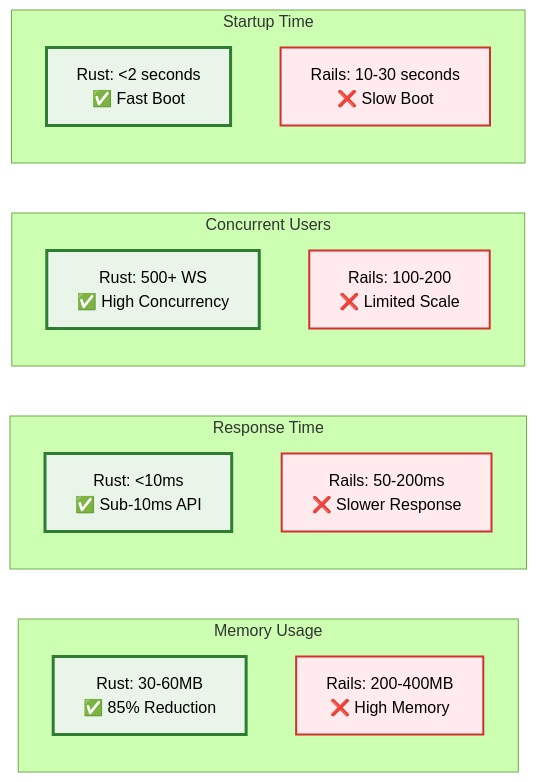
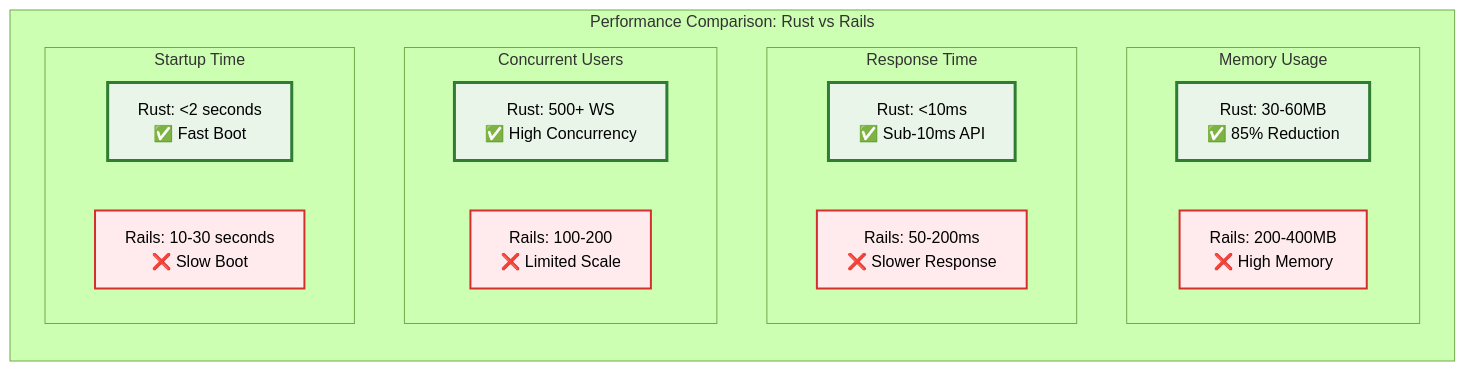
The seventh of 12 diagrams in README.md (that-in-rust/campfire-on-rust), drawn with Mermaid (forest theme) before and after one commit. The commit also changed other lines of this file, not shown here.

````diff
--- a/README.md
+++ b/README.md
@@ -409,32 +413,32 @@
 ```mermaid
-graph LR
-    subgraph "Memory Usage"
+graph TD
+    subgraph "Performance Comparison: Rust vs Rails"
         direction TB
-        M1[Rust: 30-60MB<br/>✅ 85% Reduction]
-        M2[Rails: 200-400MB<br/>❌ High Memory]
-    end
-    
-    subgraph "Response Time"
-        direction TB
-        R1[Rust: <10ms<br/>✅ Sub-10ms API]
-        R2[Rails: 50-200ms<br/>❌ Slower Response]
-    end
-    
-    subgraph "Concurrent Users"
-        direction TB
-        C1[Rust: 500+ WS<br/>✅ High Concurrency]
-        C2[Rails: 100-200<br/>❌ Limited Scale]
-    end
-    
-    subgraph "Startup Time"
-        direction TB
-        S1[Rust: <2 seconds<br/>✅ Fast Boot]
-        S2[Rails: 10-30 seconds<br/>❌ Slow Boot]
+        
+        subgraph "Memory Usage"
+            M1[Rust: 30-60MB<br/>✅ 85% Reduction]
+            M2[Rails: 200-400MB<br/>❌ High Memory]
+        end
+        
+        subgraph "Response Time"
+            R1[Rust: <10ms<br/>✅ Sub-10ms API]
+            R2[Rails: 50-200ms<br/>❌ Slower Response]
+        end
+        
+        subgraph "Concurrent Users"
+            C1[Rust: 500+ WS<br/>✅ High Concurrency]
+            C2[Rails: 100-200<br/>❌ Limited Scale]
+        end
+        
+        subgraph "Startup Time"
+            S1[Rust: <2 seconds<br/>✅ Fast Boot]
+            S2[Rails: 10-30 seconds<br/>❌ Slow Boot]
+        end
     end
     
     classDef rust fill:#e8f5e8,stroke:#2e7d32,stroke-width:3px
     classDef rails fill:#ffebee,stroke:#d32f2f,stroke-width:2px
     
     class M1,R1,C1,S1 rust
     class M2,R2,C2,S2 rails
 ```
````
